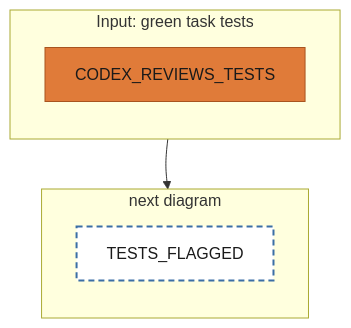
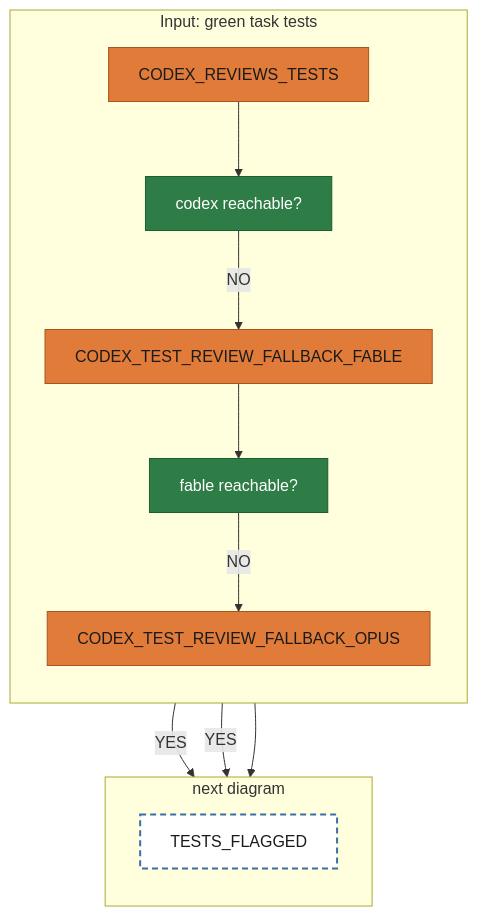
Before and after one commit to matkatmusic/taskTools: the diagram in diagrams/tackle-tasks/pipeline-codexReviewsTests.mmd, drawn with Mermaid. The commit also changed 33 other files, not shown here.

First line of the commit message:
Task 49: codex fallbacks become their own blocks; the fallback agent reviews itself

```diff
--- a/diagrams/tackle-tasks/pipeline-codexReviewsTests.mmd
+++ b/diagrams/tackle-tasks/pipeline-codexReviewsTests.mmd
@@ -1,22 +1,33 @@
 flowchart TB
-%% One orange block. The hook walks in from a dashed CODEX_REVIEWS_TESTS block, prints the prompt, and stops.
+%% Codex review tests: failed codex falls back to fable then opus, each as its own block.
 
   subgraph codexReviewsTests ["Input: green task tests"]
     direction TB
     CODEX_REVIEWS_TESTS["CODEX_REVIEWS_TESTS"]
+    DID_CODEX_TEST_REVIEW_SUCCEED_Q["codex reachable?"]
+    CODEX_TEST_REVIEW_FALLBACK_FABLE["CODEX_TEST_REVIEW_FALLBACK_FABLE"]
+    DID_FABLE_TEST_REVIEW_SUCCEED_Q["fable reachable?"]
+    CODEX_TEST_REVIEW_FALLBACK_OPUS["CODEX_TEST_REVIEW_FALLBACK_OPUS"]
   end
   subgraph codexReviewsTestsNext ["next diagram"]
     direction TB
     ARE_TESTS_FLAGGED["TESTS_FLAGGED"]
   end
   codexReviewsTests ~~~ codexReviewsTestsNext
 
-  CODEX_REVIEWS_TESTS --> ARE_TESTS_FLAGGED
+  CODEX_REVIEWS_TESTS --> DID_CODEX_TEST_REVIEW_SUCCEED_Q
+  DID_CODEX_TEST_REVIEW_SUCCEED_Q -- "YES" --> ARE_TESTS_FLAGGED
+  DID_CODEX_TEST_REVIEW_SUCCEED_Q -- "NO" --> CODEX_TEST_REVIEW_FALLBACK_FABLE
+  CODEX_TEST_REVIEW_FALLBACK_FABLE --> DID_FABLE_TEST_REVIEW_SUCCEED_Q
+  DID_FABLE_TEST_REVIEW_SUCCEED_Q -- "YES" --> ARE_TESTS_FLAGGED
+  DID_FABLE_TEST_REVIEW_SUCCEED_Q -- "NO" --> CODEX_TEST_REVIEW_FALLBACK_OPUS
+  CODEX_TEST_REVIEW_FALLBACK_OPUS --> ARE_TESTS_FLAGGED
 
   classDef script fill:#2f7d46,stroke:#1e5c31,color:#ffffff
   classDef returns_a_prompt fill:#e07b39,stroke:#a8541f,color:#1a1a1a
   classDef fail fill:red,stroke:#254a70,color:#ffffff
   classDef output fill:#3b6ea5,stroke:#254a70,color:#ffffff
   classDef next_diagram fill:#ffffff,stroke:#3b6ea5,stroke-width:2px,stroke-dasharray:6 4,color:#1a1a1a
-  class CODEX_REVIEWS_TESTS returns_a_prompt
+  class DID_CODEX_TEST_REVIEW_SUCCEED_Q,DID_FABLE_TEST_REVIEW_SUCCEED_Q script
+  class CODEX_REVIEWS_TESTS,CODEX_TEST_REVIEW_FALLBACK_FABLE,CODEX_TEST_REVIEW_FALLBACK_OPUS returns_a_prompt
   class ARE_TESTS_FLAGGED next_diagram
```
